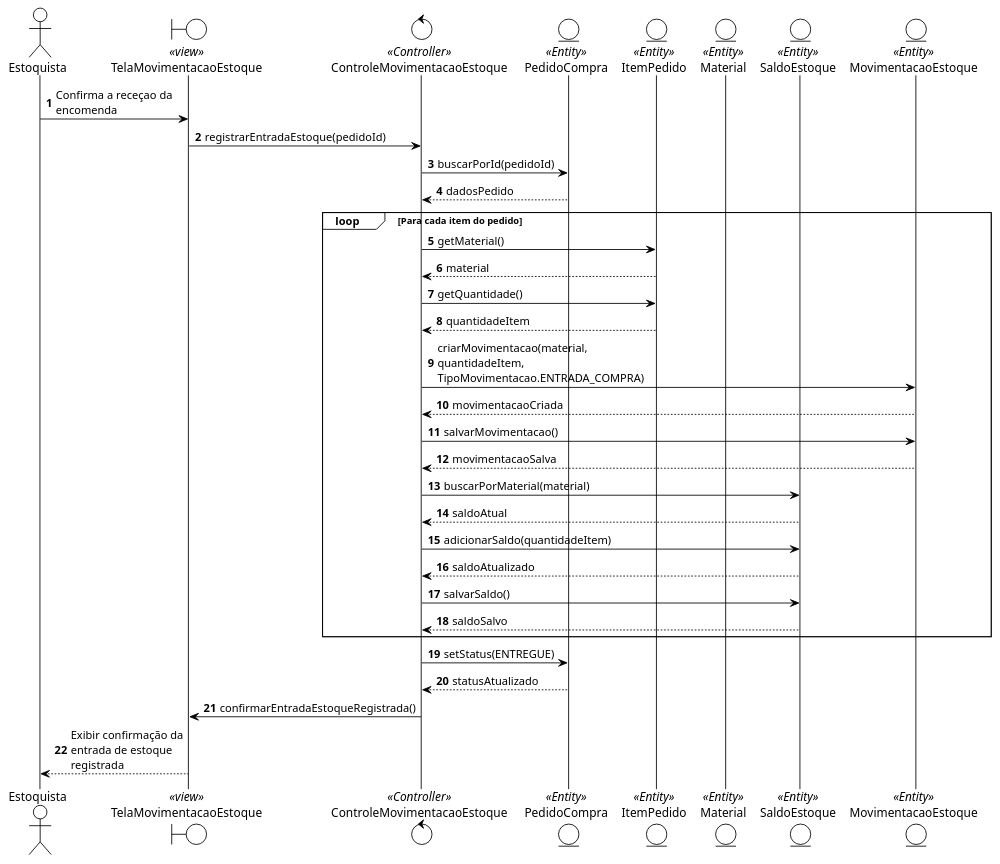
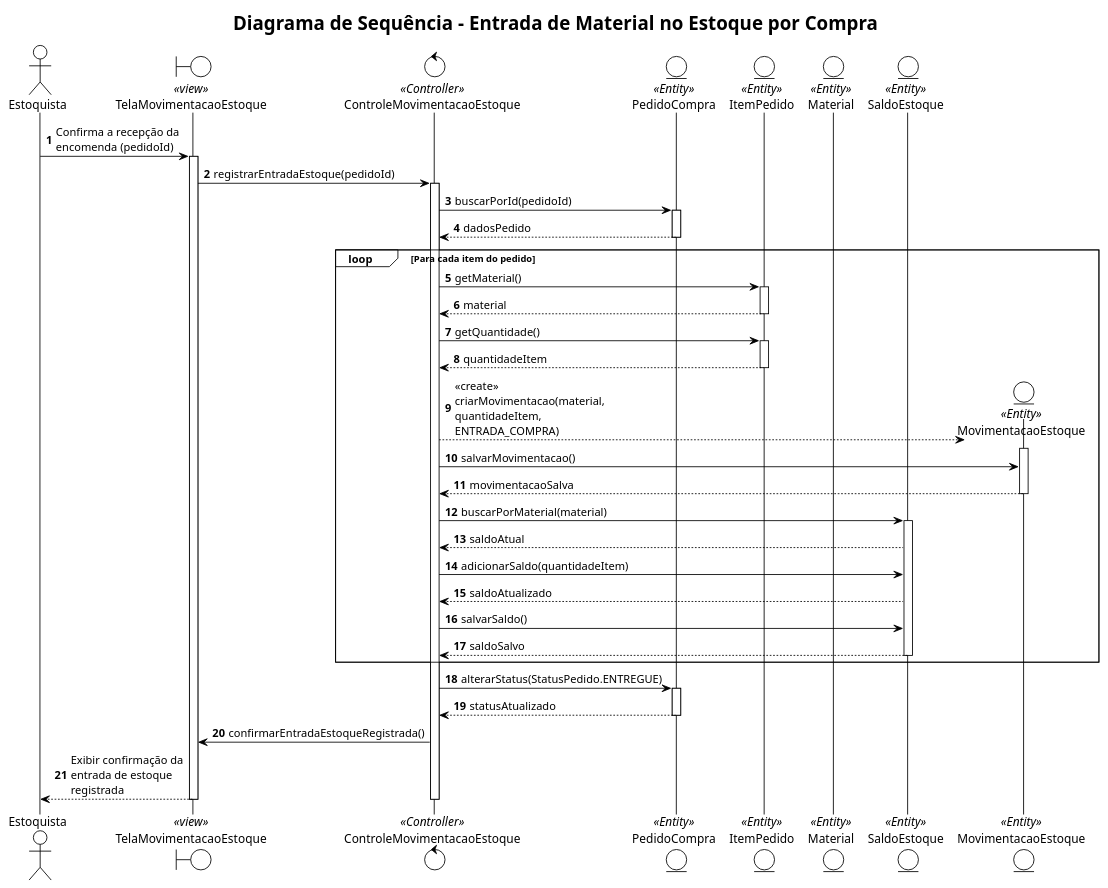
One commit to bernardoanobrega/oBRAS changed the diagram in Diagramas dinamicos/Modulo Estoque/EstoquesEntrada.puml. Above: the diagram before and after it, drawn with PlantUML. The commit also changed 10 other files, not shown here.

```diff
--- a/Diagramas dinamicos/Modulo Estoque/EstoquesEntrada.puml
+++ b/Diagramas dinamicos/Modulo Estoque/EstoquesEntrada.puml
@@ -1,49 +1,66 @@
-@startuml
+@startuml estoques-entrada-sequence
 !theme plain
+title Diagrama de Sequência - Entrada de Material no Estoque por Compra
 skinparam maxMessageSize 150
 autonumber
 
 actor "Estoquista" as user
 boundary "TelaMovimentacaoEstoque" as view <<view>>
 control "ControleMovimentacaoEstoque" as ctrl <<Controller>>
 entity "PedidoCompra" as pedido <<Entity>>
 entity "ItemPedido" as item <<Entity>>
 entity "Material" as material <<Entity>>
 entity "SaldoEstoque" as saldo <<Entity>>
 entity "MovimentacaoEstoque" as movimentacao <<Entity>>
 
-user -> view : Confirma a receçao da encomenda
+user -> view : Confirma a recepção da encomenda (pedidoId)
+activate view
+
 view -> ctrl : registrarEntradaEstoque(pedidoId)
+activate ctrl
 
 ctrl -> pedido : buscarPorId(pedidoId)
-return dadosPedido
+activate pedido
+pedido --> ctrl : dadosPedido
+deactivate pedido
 
 loop Para cada item do pedido
     ctrl -> item : getMaterial()
-    return material
+    activate item
+    item --> ctrl : material
+    deactivate item
 
-    ctrl -> item: getQuantidade()
-    return quantidadeItem
+    ctrl -> item : getQuantidade()
+    activate item
+    item --> ctrl : quantidadeItem
+    deactivate item
 
-    ctrl -> movimentacao : criarMovimentacao(material, quantidadeItem, TipoMovimentacao.ENTRADA_COMPRA)
-    return movimentacaoCriada
-
+    ctrl --> movimentacao ** : <<create>> criarMovimentacao(material, quantidadeItem, ENTRADA_COMPRA)
+    activate movimentacao
     ctrl -> movimentacao : salvarMovimentacao()
-    return movimentacaoSalva
+    movimentacao --> ctrl : movimentacaoSalva
+    deactivate movimentacao
 
     ctrl -> saldo : buscarPorMaterial(material)
-    return saldoAtual
+    activate saldo
+    saldo --> ctrl : saldoAtual
 
     ctrl -> saldo : adicionarSaldo(quantidadeItem)
-    return saldoAtualizado
+    saldo --> ctrl : saldoAtualizado
 
     ctrl -> saldo : salvarSaldo()
-    return saldoSalvo
+    saldo --> ctrl : saldoSalvo
+    deactivate saldo
 end
 
-ctrl -> pedido : setStatus(ENTREGUE)
-return statusAtualizado
+ctrl -> pedido : alterarStatus(StatusPedido.ENTREGUE)
+activate pedido
+pedido --> ctrl : statusAtualizado
+deactivate pedido
 
 ctrl -> view : confirmarEntradaEstoqueRegistrada()
 view --> user : Exibir confirmação da entrada de estoque registrada
+
+deactivate ctrl
+deactivate view
 @enduml
```
